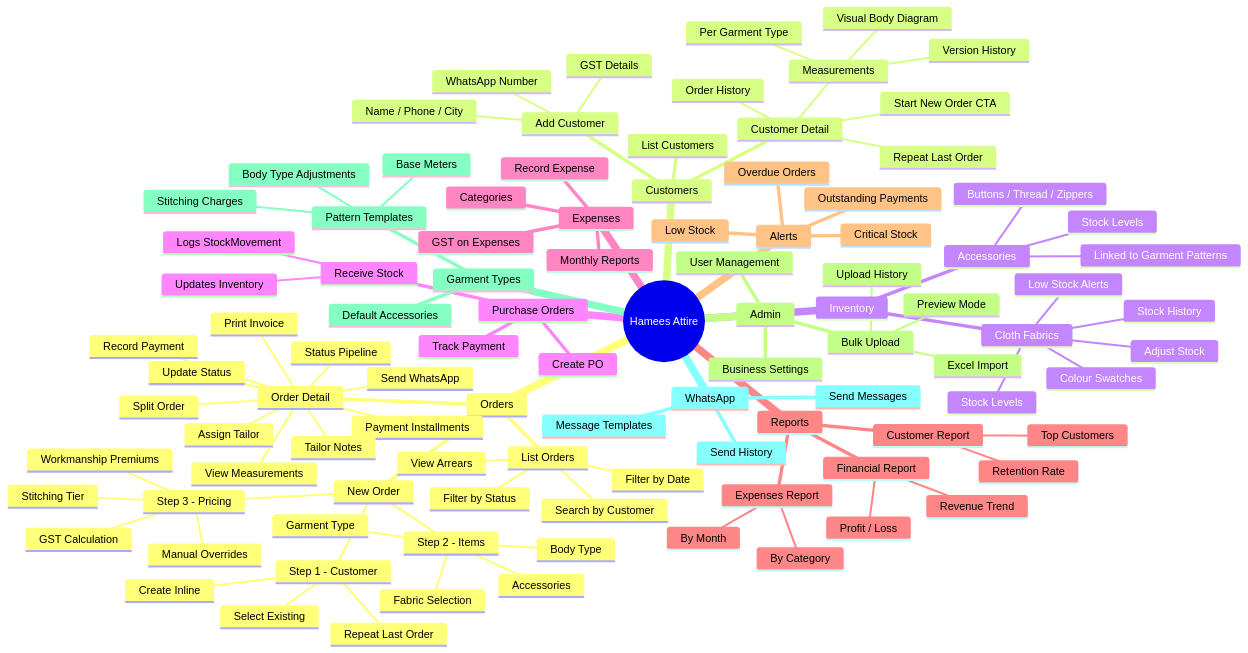
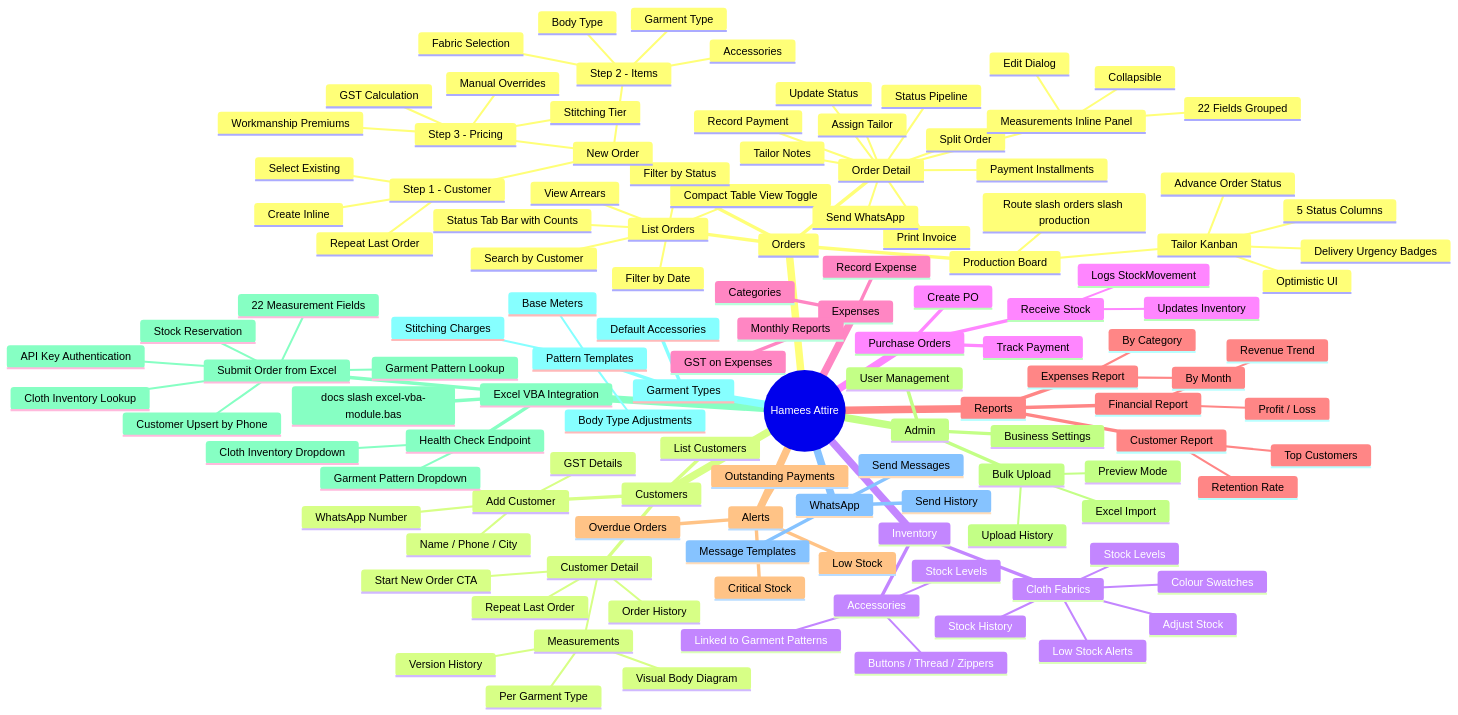
The first of 18 diagrams in docs/MINDMAPS.md (gagneet/hamees-inventory), drawn with Mermaid before and after one commit. The commit also changed other lines of this file and 1 other file, not shown here.

```diff
--- a/docs/MINDMAPS.md
+++ b/docs/MINDMAPS.md
@@ -12,10 +12,19 @@
   root((Hamees Attire))
     Orders
       List Orders
+        Status Tab Bar with Counts
+        Compact Table View Toggle
         Filter by Status
         Filter by Date
         Search by Customer
         View Arrears
+      Production Board
+        Tailor Kanban
+          5 Status Columns
+          Optimistic UI
+          Delivery Urgency Badges
+          Advance Order Status
+        Route slash orders slash production
       New Order
         Step 1 - Customer
           Select Existing
@@ -41,7 +50,10 @@
         Print Invoice
         Send WhatsApp
         Assign Tailor
-        View Measurements
+        Measurements Inline Panel
+          22 Fields Grouped
+          Collapsible
+          Edit Dialog
     Customers
       List Customers
       Add Customer
@@ -100,6 +112,18 @@
         Excel Import
         Preview Mode
         Upload History
+    Excel VBA Integration
+      Submit Order from Excel
+        API Key Authentication
+        Customer Upsert by Phone
+        Garment Pattern Lookup
+        Cloth Inventory Lookup
+        22 Measurement Fields
+        Stock Reservation
+      Health Check Endpoint
+        Garment Pattern Dropdown
+        Cloth Inventory Dropdown
+      docs slash excel-vba-module.bas
     Garment Types
       Pattern Templates
         Base Meters
```
